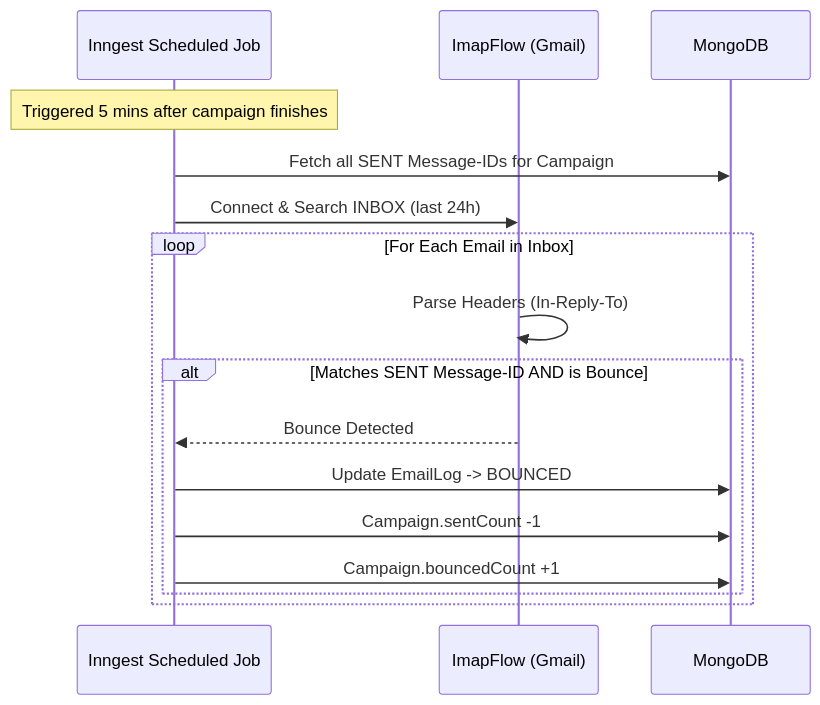
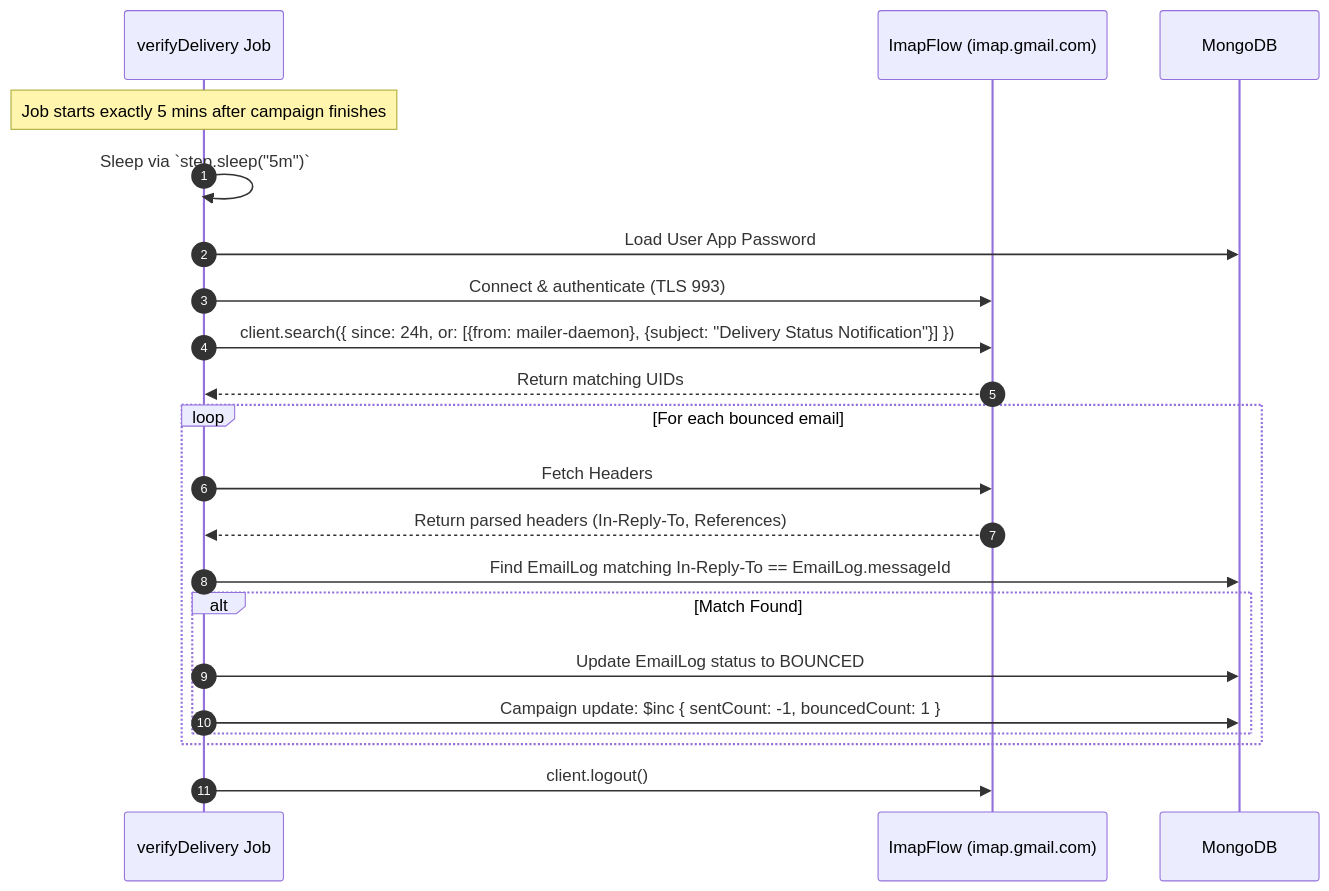
Before and after one commit to VarunSingh19/pitchr: the third of 4 diagrams in README.md, drawn with Mermaid. The commit also changed other lines of this file and 2 other files, not shown here.

````diff
--- a/README.md
+++ b/README.md
@@ -88,21 +139,27 @@
 ```mermaid
 sequenceDiagram
-    participant Inngest as Inngest Scheduled Job
-    participant IMAP as ImapFlow (Gmail)
+    autonumber
+    participant Job as verifyDelivery Job
+    participant IMAP as ImapFlow (imap.gmail.com)
     participant DB as MongoDB
 
-    Note over Inngest: Triggered 5 mins after campaign finishes
+    Note over Job: Job starts exactly 5 mins after campaign finishes
+    Job->>Job: Sleep via `step.sleep("5m")`
+    Job->>DB: Load User App Password
+    Job->>IMAP: Connect & authenticate (TLS 993)
     
-    Inngest->>DB: Fetch all SENT Message-IDs for Campaign
-    Inngest->>IMAP: Connect & Search INBOX (last 24h)
+    Job->>IMAP: client.search({ since: 24h, or: [{from: mailer-daemon}, {subject: "Delivery Status Notification"}] })
+    IMAP-->>Job: Return matching UIDs
     
-    loop For Each Email in Inbox
-        IMAP->>IMAP: Parse Headers (In-Reply-To)
-        alt Matches SENT Message-ID AND is Bounce
-            IMAP-->>Inngest: Bounce Detected
-            Inngest->>DB: Update EmailLog -> BOUNCED
-            Inngest->>DB: Campaign.sentCount -1
-            Inngest->>DB: Campaign.bouncedCount +1
+    loop For each bounced email
+        Job->>IMAP: Fetch Headers
+        IMAP-->>Job: Return parsed headers (In-Reply-To, References)
+        Job->>DB: Find EmailLog matching In-Reply-To == EmailLog.messageId
+        alt Match Found
+            Job->>DB: Update EmailLog status to BOUNCED
+            Job->>DB: Campaign update: $inc { sentCount: -1, bouncedCount: 1 }
         end
     end
+    
+    Job->>IMAP: client.logout()
 ```
````
